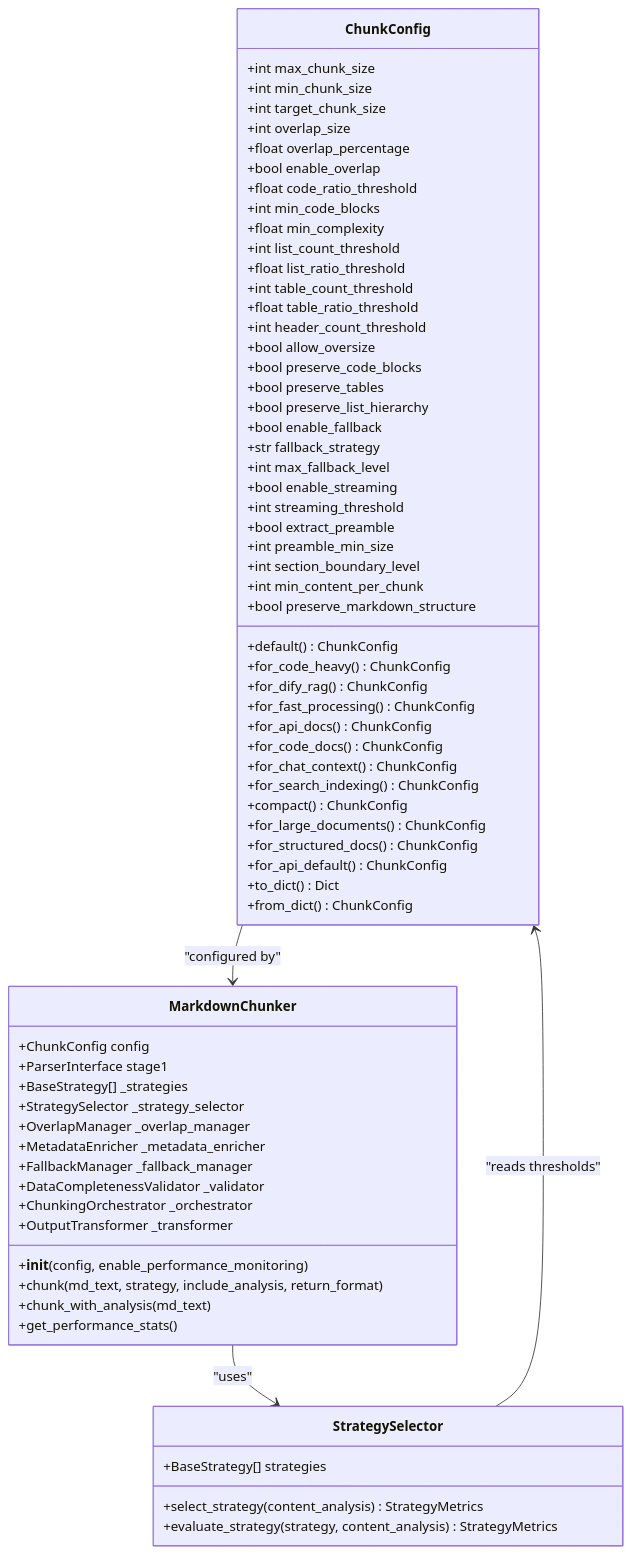
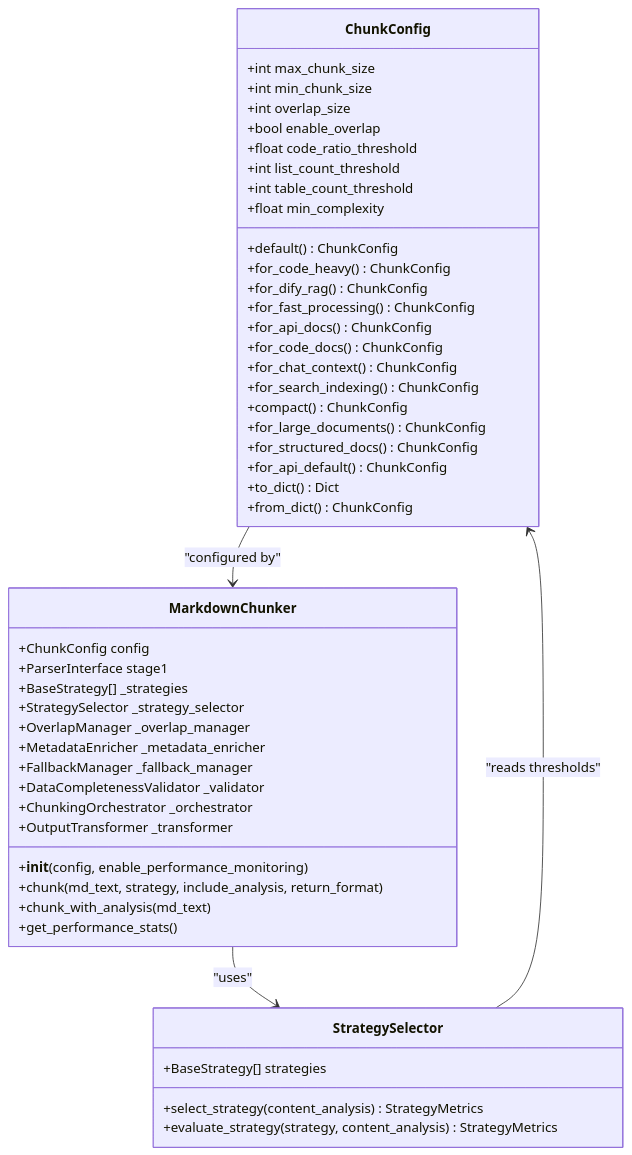
The first of 5 diagrams in .qoder/repowiki/en/content/Core Concepts/Configuration Profiles.md (asukhodko/dify-markdown-chunker), drawn with Mermaid before and after one commit. The commit also changed other lines of this file and 6 other files, not shown here.

First line of the commit message:
docs(architecture): add detailed architecture audit and redesign documentation

````diff
--- a/.qoder/repowiki/en/content/Core Concepts/Configuration Profiles.md
+++ b/.qoder/repowiki/en/content/Core Concepts/Configuration Profiles.md
@@ -37,71 +43,51 @@
 ```mermaid
 classDiagram
 class ChunkConfig {
 +int max_chunk_size
 +int min_chunk_size
-+int target_chunk_size
 +int overlap_size
-+float overlap_percentage
 +bool enable_overlap
 +float code_ratio_threshold
-+int min_code_blocks
++int list_count_threshold
++int table_count_threshold
 +float min_complexity
-+int list_count_threshold
-+float list_ratio_threshold
-+int table_count_threshold
-+float table_ratio_threshold
-+int header_count_threshold
-+bool allow_oversize
-+bool preserve_code_blocks
-+bool preserve_tables
-+bool preserve_list_hierarchy
-+bool enable_fallback
-+str fallback_strategy
-+int max_fallback_level
-+bool enable_streaming
-+int streaming_threshold
-+bool extract_preamble
-+int preamble_min_size
-+int section_boundary_level
-+int min_content_per_chunk
-+bool preserve_markdown_structure
 +default() ChunkConfig
 +for_code_heavy() ChunkConfig
 +for_dify_rag() ChunkConfig
 +for_fast_processing() ChunkConfig
 +for_api_docs() ChunkConfig
 +for_code_docs() ChunkConfig
 +for_chat_context() ChunkConfig
 +for_search_indexing() ChunkConfig
 +compact() ChunkConfig
 +for_large_documents() ChunkConfig
 +for_structured_docs() ChunkConfig
 +for_api_default() ChunkConfig
 +to_dict() Dict
 +from_dict() ChunkConfig
 }
 class MarkdownChunker {
 +ChunkConfig config
 +ParserInterface stage1
 +BaseStrategy[] _strategies
 +StrategySelector _strategy_selector
 +OverlapManager _overlap_manager
 +MetadataEnricher _metadata_enricher
 +FallbackManager _fallback_manager
 +DataCompletenessValidator _validator
 +ChunkingOrchestrator _orchestrator
 +OutputTransformer _transformer
 +__init__(config, enable_performance_monitoring)
 +chunk(md_text, strategy, include_analysis, return_format)
 +chunk_with_analysis(md_text)
 +get_performance_stats()
 }
 class StrategySelector {
 +BaseStrategy[] strategies
 +select_strategy(content_analysis) StrategyMetrics
 +evaluate_strategy(strategy, content_analysis) StrategyMetrics
 }
 ChunkConfig --> MarkdownChunker : "configured by"
 MarkdownChunker --> StrategySelector : "uses"
 StrategySelector --> ChunkConfig : "reads thresholds"
 ```
````
